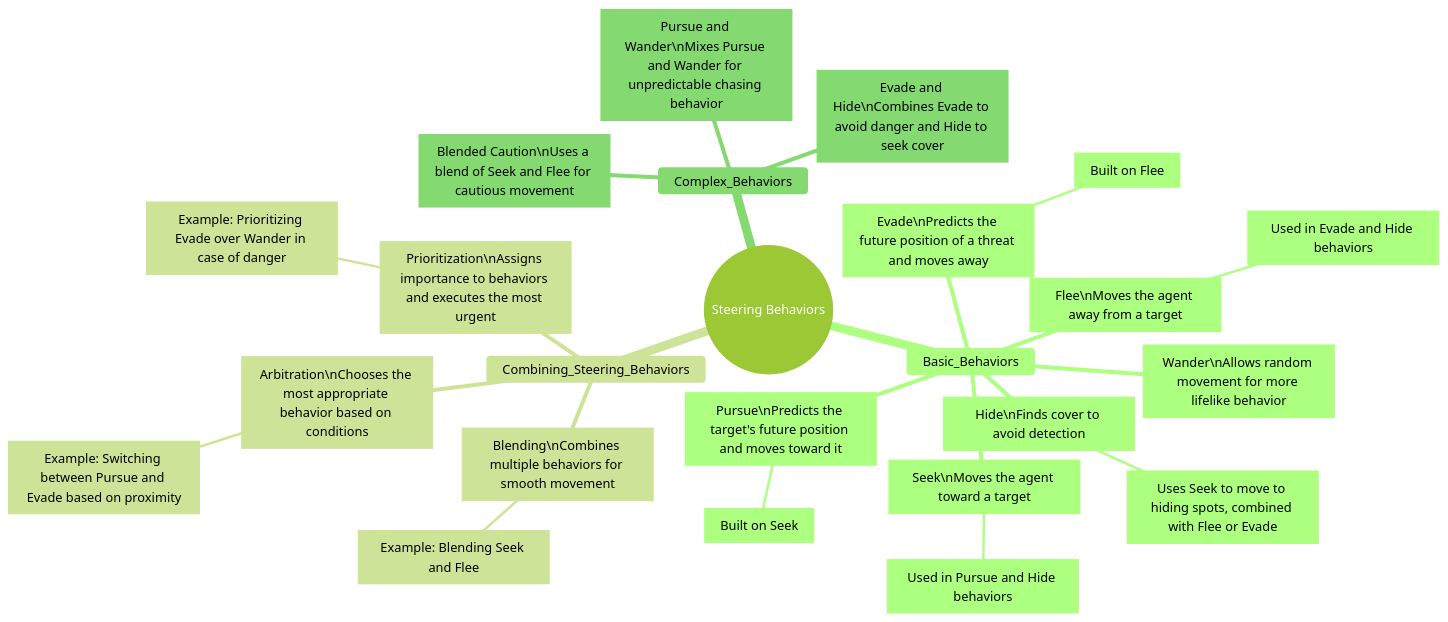
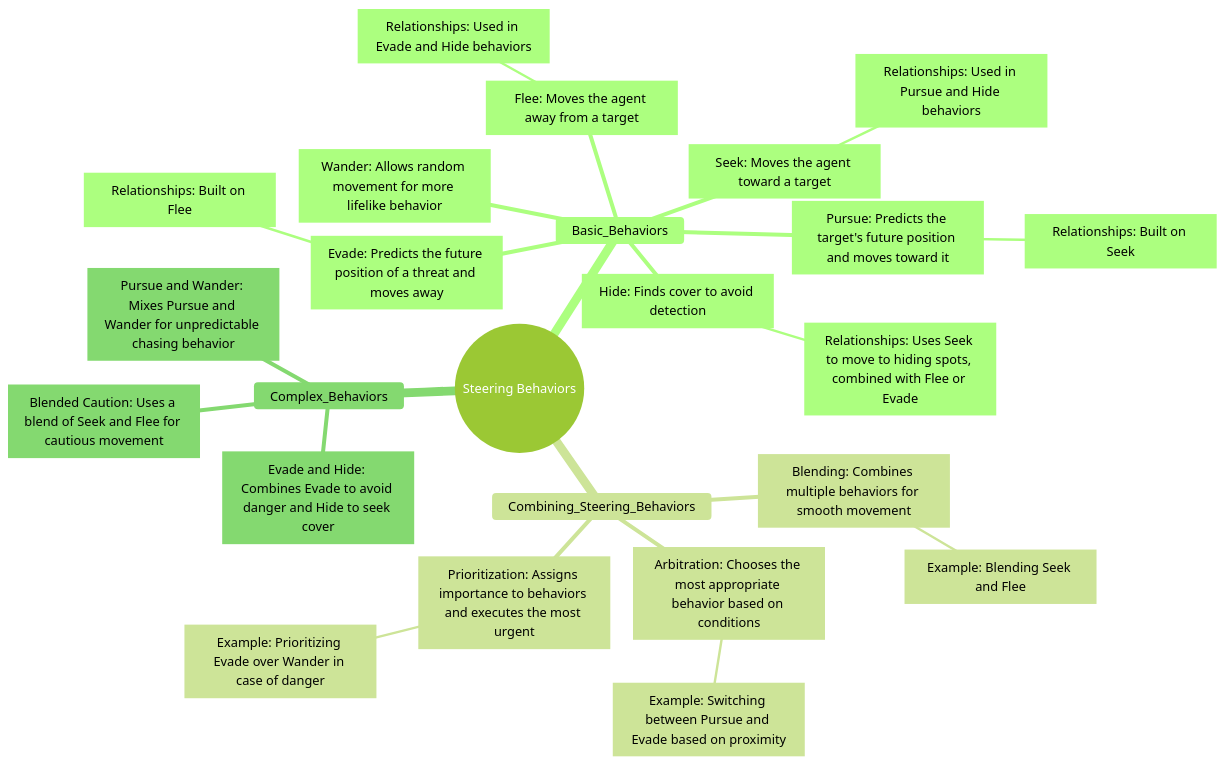
One commit to EjbejaranosAI/AI4VJ changed the diagram in Labs/1_Pathfinding_and_navigation_labs/11_Patrolling and Wander/examples/README.md. Above: the diagram before and after it, drawn with Mermaid (forest theme).

````diff
--- a/Labs/1_Pathfinding_and_navigation_labs/11_Patrolling and Wander/examples/README.md
+++ b/Labs/1_Pathfinding_and_navigation_labs/11_Patrolling and Wander/examples/README.md
@@ -12,30 +12,30 @@
 ```mermaid
 mindmap
   root(("Steering Behaviors"))
     Basic_Behaviors
-      Seek["Seek\nMoves the agent toward a target"]
-        relationships["Used in Pursue and Hide behaviors"]
-      Flee["Flee\nMoves the agent away from a target"]
-        relationships["Used in Evade and Hide behaviors"]
-      Wander["Wander\nAllows random movement for more lifelike behavior"]
-      Pursue["Pursue\nPredicts the target's future position and moves toward it"]
-        relationships["Built on Seek"]
-      Evade["Evade\nPredicts the future position of a threat and moves away"]
-        relationships["Built on Flee"]
-      Hide["Hide\nFinds cover to avoid detection"]
-        relationships["Uses Seek to move to hiding spots, combined with Flee or Evade"]
+      Seek["Seek: Moves the agent toward a target"]
+        relationships["Relationships: Used in Pursue and Hide behaviors"]
+      Flee["Flee: Moves the agent away from a target"]
+        relationships["Relationships: Used in Evade and Hide behaviors"]
+      Wander["Wander: Allows random movement for more lifelike behavior"]
+      Pursue["Pursue: Predicts the target's future position and moves toward it"]
+        relationships["Relationships: Built on Seek"]
+      Evade["Evade: Predicts the future position of a threat and moves away"]
+        relationships["Relationships: Built on Flee"]
+      Hide["Hide: Finds cover to avoid detection"]
+        relationships["Relationships: Uses Seek to move to hiding spots, combined with Flee or Evade"]
 
     Combining_Steering_Behaviors
-      Blending["Blending\nCombines multiple behaviors for smooth movement"]
+      Blending["Blending: Combines multiple behaviors for smooth movement"]
         example["Example: Blending Seek and Flee"]
-      Arbitration["Arbitration\nChooses the most appropriate behavior based on conditions"]
+      Arbitration["Arbitration: Chooses the most appropriate behavior based on conditions"]
         example["Example: Switching between Pursue and Evade based on proximity"]
-      Prioritization["Prioritization\nAssigns importance to behaviors and executes the most urgent"]
+      Prioritization["Prioritization: Assigns importance to behaviors and executes the most urgent"]
         example["Example: Prioritizing Evade over Wander in case of danger"]
 
     Complex_Behaviors
-      Evade_and_Hide["Evade and Hide\nCombines Evade to avoid danger and Hide to seek cover"]
-      Pursue_and_Wander["Pursue and Wander\nMixes Pursue and Wander for unpredictable chasing behavior"]
-      Blended_Caution["Blended Caution\nUses a blend of Seek and Flee for cautious movement"]
+      Evade_and_Hide["Evade and Hide: Combines Evade to avoid danger and Hide to seek cover"]
+      Pursue_and_Wander["Pursue and Wander: Mixes Pursue and Wander for unpredictable chasing behavior"]
+      Blended_Caution["Blended Caution: Uses a blend of Seek and Flee for cautious movement"]
 
 ```
````
